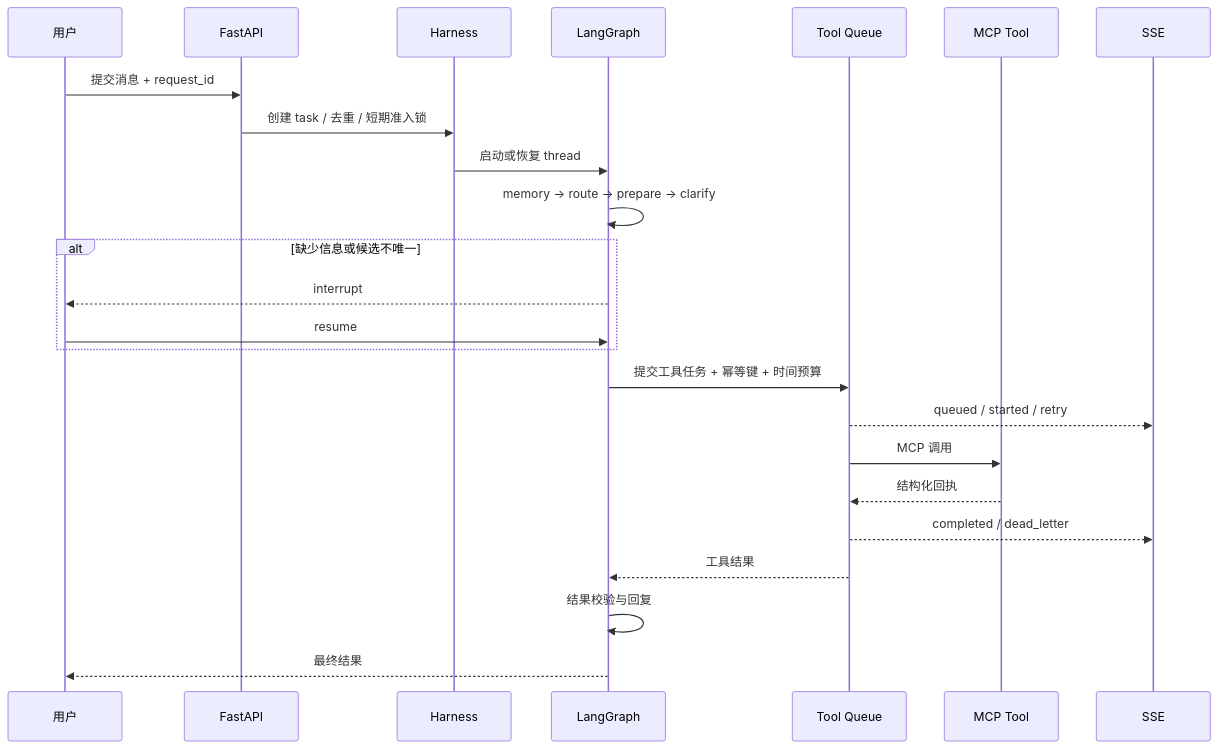
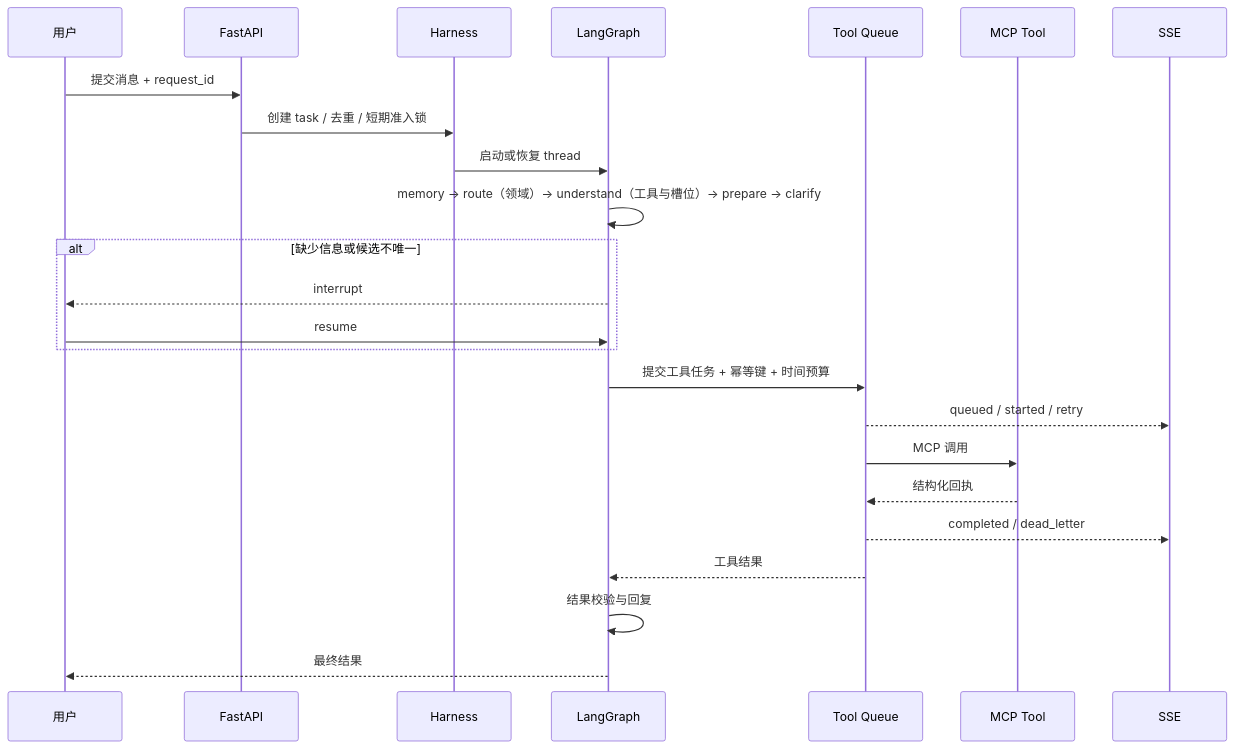
One commit to 0FreyaS/LifePlus-Agent-Harness changed the first of 2 diagrams in docs/architecture.md. Above: the diagram before and after it, drawn with Mermaid. The commit also changed other lines of this file and 44 other files, not shown here.

````diff
--- a/docs/architecture.md
+++ b/docs/architecture.md
@@ -21,27 +23,27 @@
 ```mermaid
 sequenceDiagram
     participant U as 用户
     participant A as FastAPI
     participant H as Harness
     participant G as LangGraph
     participant Q as Tool Queue
     participant T as MCP Tool
     participant S as SSE
 
     U->>A: 提交消息 + request_id
     A->>H: 创建 task / 去重 / 短期准入锁
     H->>G: 启动或恢复 thread
-    G->>G: memory → route → prepare → clarify
+    G->>G: memory → route（领域）→ understand（工具与槽位）→ prepare → clarify
     alt 缺少信息或候选不唯一
         G-->>U: interrupt
         U->>G: resume
     end
     G->>Q: 提交工具任务 + 幂等键 + 时间预算
     Q-->>S: queued / started / retry
     Q->>T: MCP 调用
     T-->>Q: 结构化回执
     Q-->>S: completed / dead_letter
     Q-->>G: 工具结果
     G->>G: 结果校验与回复
     G-->>U: 最终结果
 ```
````
